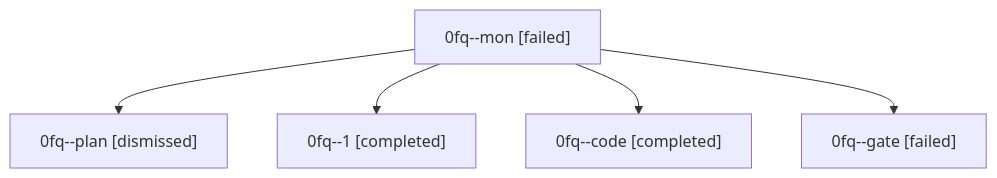
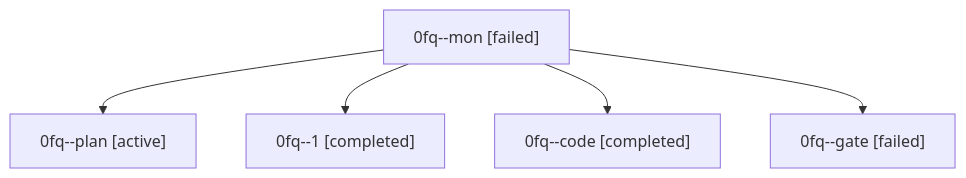
One commit to sase-org/sase--agents changed the diagram in families/bbugyi200.athena.0fq.md. Above: the diagram before and after it, drawn with Mermaid. The commit also changed other lines of this file and 35830 other files, not shown here.

````diff
--- a/families/bbugyi200.athena.0fq.md
+++ b/families/bbugyi200.athena.0fq.md
@@ -9,12 +9,12 @@
 ```mermaid
 flowchart TD
   n0["0fq--mon [failed]"]
-  n1["0fq--plan [dismissed]"]
+  n1["0fq--plan [active]"]
   n0 --> n1
   n2["0fq--1 [completed]"]
   n0 --> n2
   n3["0fq--code [completed]"]
   n0 --> n3
   n4["0fq--gate [failed]"]
   n0 --> n4
 ```
````
